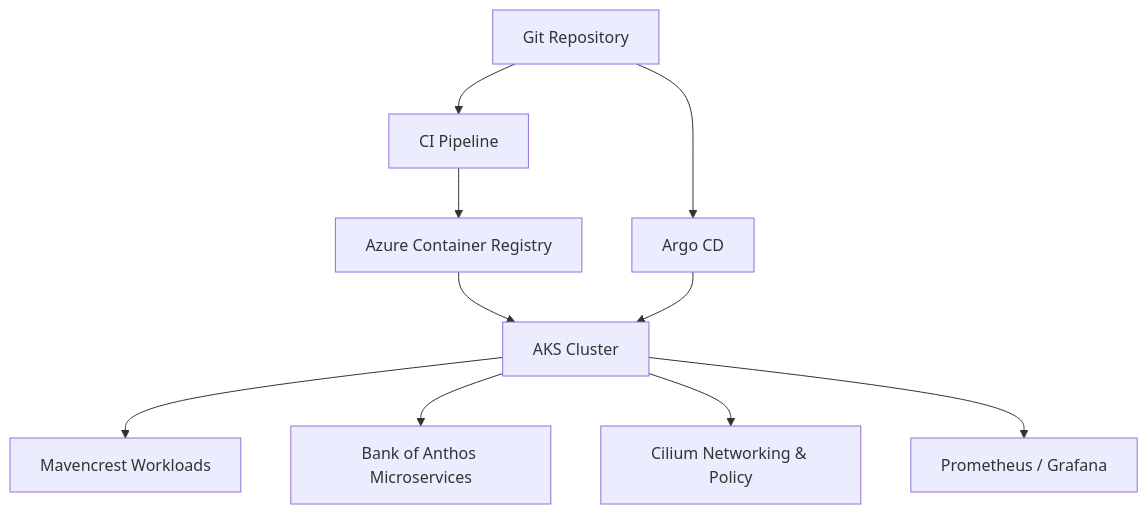
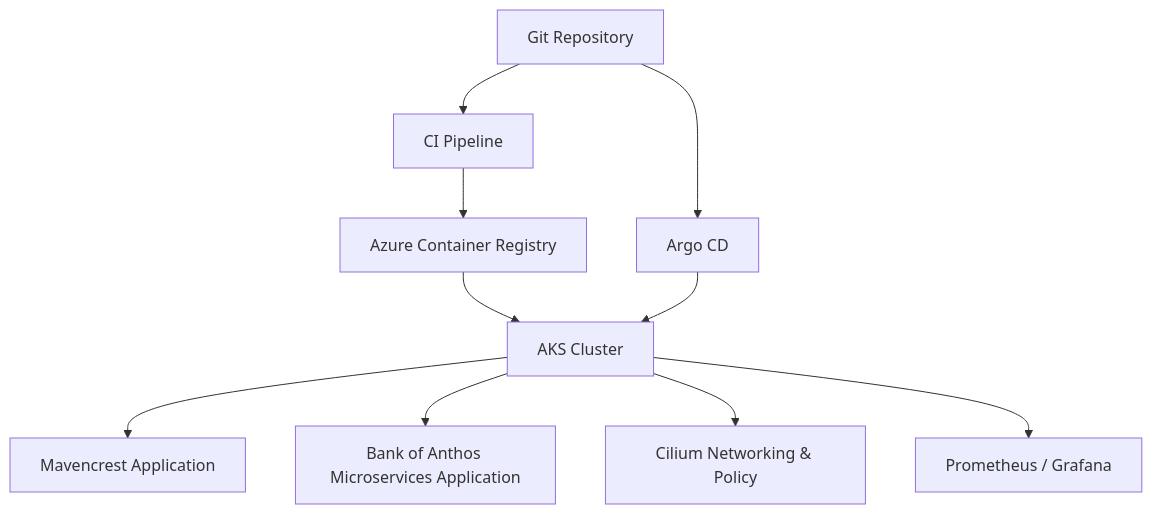
One commit to mohamedkaba4/AKS-Platform changed the first of 4 diagrams in README.md. Above: the diagram before and after it, drawn with Mermaid.

````diff
--- a/README.md
+++ b/README.md
@@ -9,14 +9,14 @@
 ```mermaid
 flowchart TD
     Git[Git Repository] --> CI[CI Pipeline]
     CI --> ACR[Azure Container Registry]
     Git --> Argo[Argo CD]
 
     ACR --> AKS[AKS Cluster]
     Argo --> AKS
 
-    AKS --> Mavencrest[Mavencrest Workloads]
-    AKS --> Bank[Bank of Anthos Microservices]
+    AKS --> Mavencrest[Mavencrest Application]
+    AKS --> Bank[Bank of Anthos Microservices Application]
     AKS --> Cilium[Cilium Networking & Policy]
     AKS --> Obs[Prometheus / Grafana]
 ```
````
